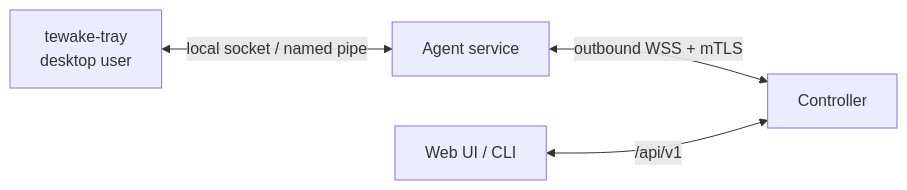
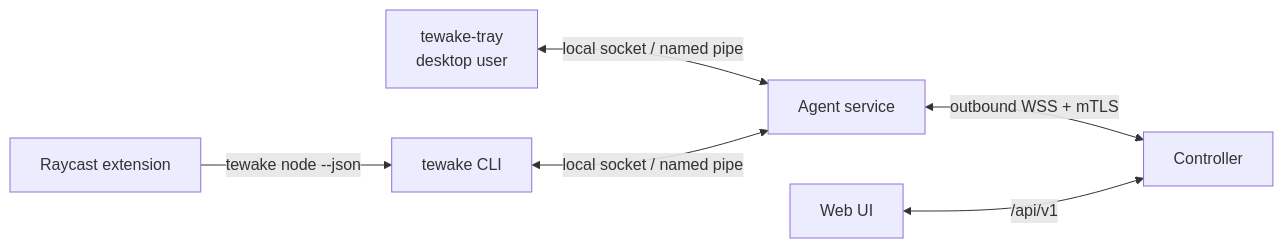
One commit to genm/sparerunner changed the second of 2 diagrams in spec/tewake/design.md. Above: the diagram before and after it, drawn with Mermaid. The commit also changed other lines of this file and 3 other files, not shown here.

````diff
--- a/spec/tewake/design.md
+++ b/spec/tewake/design.md
@@ -682,6 +685,8 @@
 ```mermaid
 flowchart LR
     T["tewake-tray<br/>desktop user"] <-->|"local socket / named pipe"| A["Agent service"]
+    R["Raycast extension"] -->|"tewake node --json"| CLI["tewake CLI"]
+    CLI <-->|"local socket / named pipe"| A
     A <-->|"outbound WSS + mTLS"| C["Controller"]
-    UI["Web UI / CLI"] <-->|"/api/v1"| C
+    UI["Web UI"] <-->|"/api/v1"| C
 ```
````
